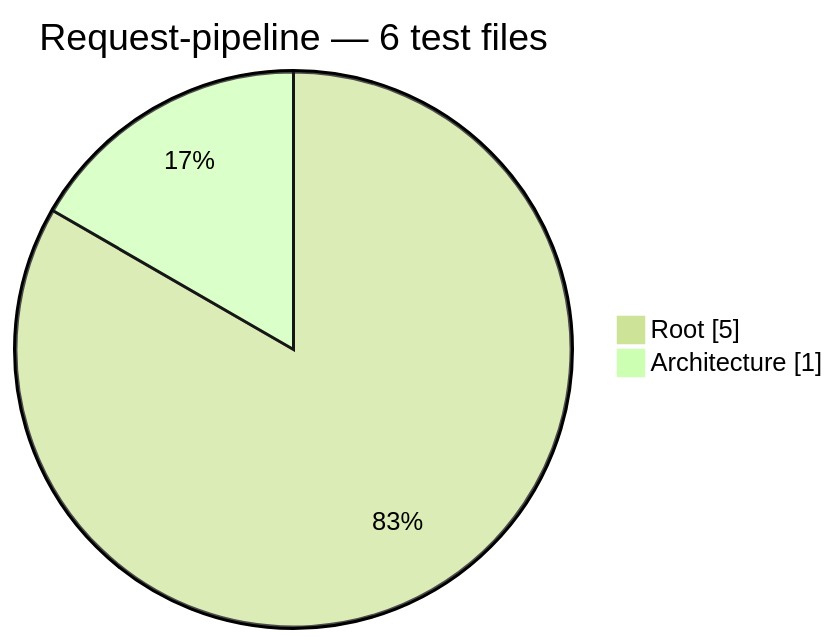
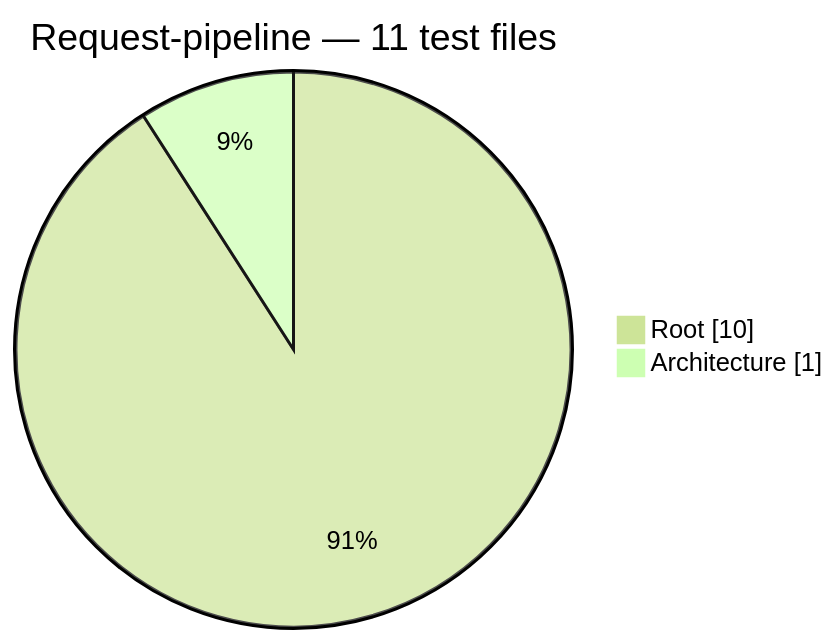
The ninth of 13 diagrams in docs/generated/test-composition.md (Mohammed-Alama/php-arazzo), drawn with Mermaid (forest theme) before and after one commit. The commit also changed other lines of this file and 8 other files, not shown here.

First line of the commit message:
test(request-pipeline): cover the previously untested pipeline classes

````diff
--- a/docs/generated/test-composition.md
+++ b/docs/generated/test-composition.md
@@ -122,6 +122,6 @@
 ```mermaid
 pie showData
-    title Request-pipeline — 6 test files
-    "Root": 5
+    title Request-pipeline — 11 test files
+    "Root": 10
     "Architecture": 1
 ```
````
